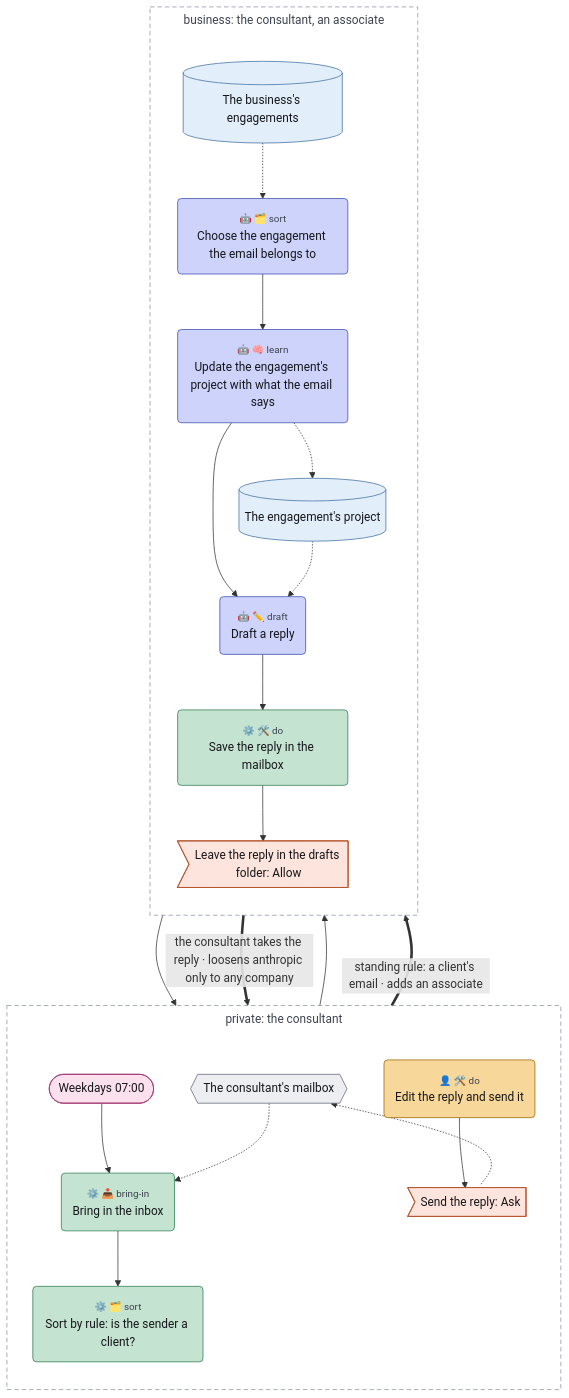
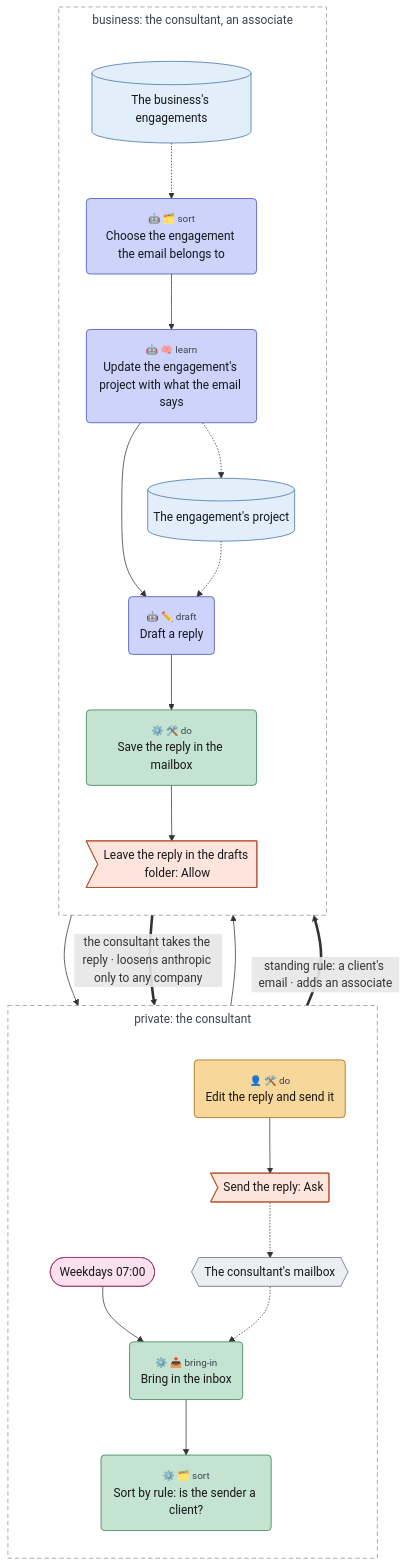
The diagram in examples/client-email.mmd (chrismdp/awml), drawn with Mermaid before and after one commit. The commit also changed 49 other files, not shown here.

```diff
--- a/examples/client-email.mmd
+++ b/examples/client-email.mmd
@@ -1,67 +1,66 @@
 ---
 config:
   theme: default
   fontFamily: Inter, sans-serif
   flowchart:
     useMaxWidth: false
     subGraphTitleMargin:
       top: 6
       bottom: 30
 ---
 flowchart TB
   subgraph private["private#58; the consultant"]
     direction TB
     mailbox{{"The consultant#39;s mailbox"}}
     weekdays(["Weekdays 07#58;00"])
     bring("<small style='color:rgb(61,67,79)'>⚙️ 📥 bring-in</small><br>Bring in the inbox")
     rules("<small style='color:rgb(61,67,79)'>⚙️ 🗂️ sort</small><br>Sort by rule#58; is the sender a client#63;")
     edit("<small style='color:rgb(61,67,79)'>👤 🛠️ do</small><br>Edit the reply and send it")
     send>"Send the reply#58; Ask"]
   end
   subgraph business["business#58; the consultant#44; an associate"]
     direction TB
     engagements[("The business#39;s engagements")]
     choose("<small style='color:rgb(61,67,79)'>🤖 🗂️ sort</small><br>Choose the engagement the email belongs to")
     learn("<small style='color:rgb(61,67,79)'>🤖 🧠 learn</small><br>Update the engagement#39;s project with what the email says")
     project[("The engagement#39;s project")]
     draft("<small style='color:rgb(61,67,79)'>🤖 ✏️ draft</small><br>Draft a reply")
     save("<small style='color:rgb(61,67,79)'>⚙️ 🛠️ do</small><br>Save the reply in the mailbox")
     saved>"Leave the reply in the drafts folder#58; Allow"]
   end
 
   weekdays --> bring
   mailbox -.-> bring
   bring --> rules
   rules --> choose
   rules ==>|"standing rule#58; a client#39;s email · adds an associate"| choose
   engagements -.-> choose
   choose --> learn
   learn -.-> project
   learn --> draft
   project -.-> draft
   draft --> save
   save --> saved
   save --> edit
   saved ==>|"the consultant takes the reply · loosens anthropic only to any company"| edit
   edit --> send
-  mailbox <-.-> send
+  send -.-> mailbox
   classDef trig fill:#fbe1ee,stroke:#a33a74,color:#16171b
   classDef ctx fill:#e2eef9,stroke:#3d6fa3,color:#16171b
   classDef con fill:#eceef2,stroke:#5d6472,color:#16171b
   classDef surf fill:#ffffff,stroke:#2a2d35,stroke-width:1.5px,color:#16171b
   classDef out fill:#fde4dc,stroke:#b5532f,color:#16171b
   classDef ai fill:#cdd3fb,stroke:#3b4bb0,color:#16171b
   classDef code fill:#c4e3d1,stroke:#2b7a4f,color:#16171b
   classDef person fill:#f7d79a,stroke:#9a6100,color:#16171b
   classDef uml fill:#16171b,stroke:#16171b,color:#16171b
   classDef gap fill:#ffffff,stroke:#8a93a3,stroke-dasharray:4 3,color:#6b7280
   class weekdays trig
   class engagements,project ctx
   class mailbox con
   class saved,send out
   class choose,learn,draft ai
   class bring,rules,save code
   class edit person
   style private fill:transparent,stroke:#8a93a3,stroke-dasharray:6 4,color:#3d434f
   style business fill:transparent,stroke:#8a93a3,stroke-dasharray:6 4,color:#3d434f
-  linkStyle 15 marker-end:none
```
